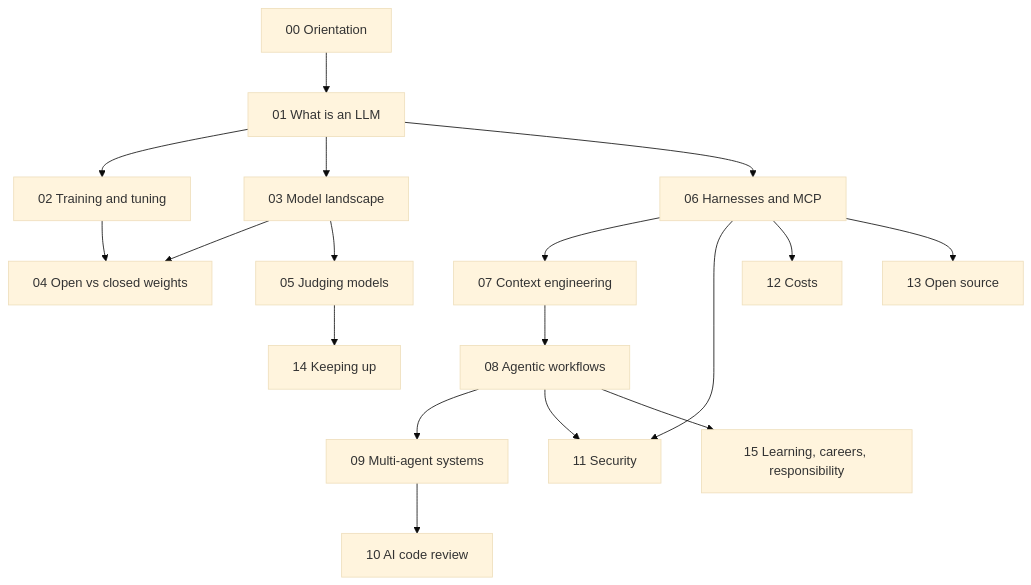
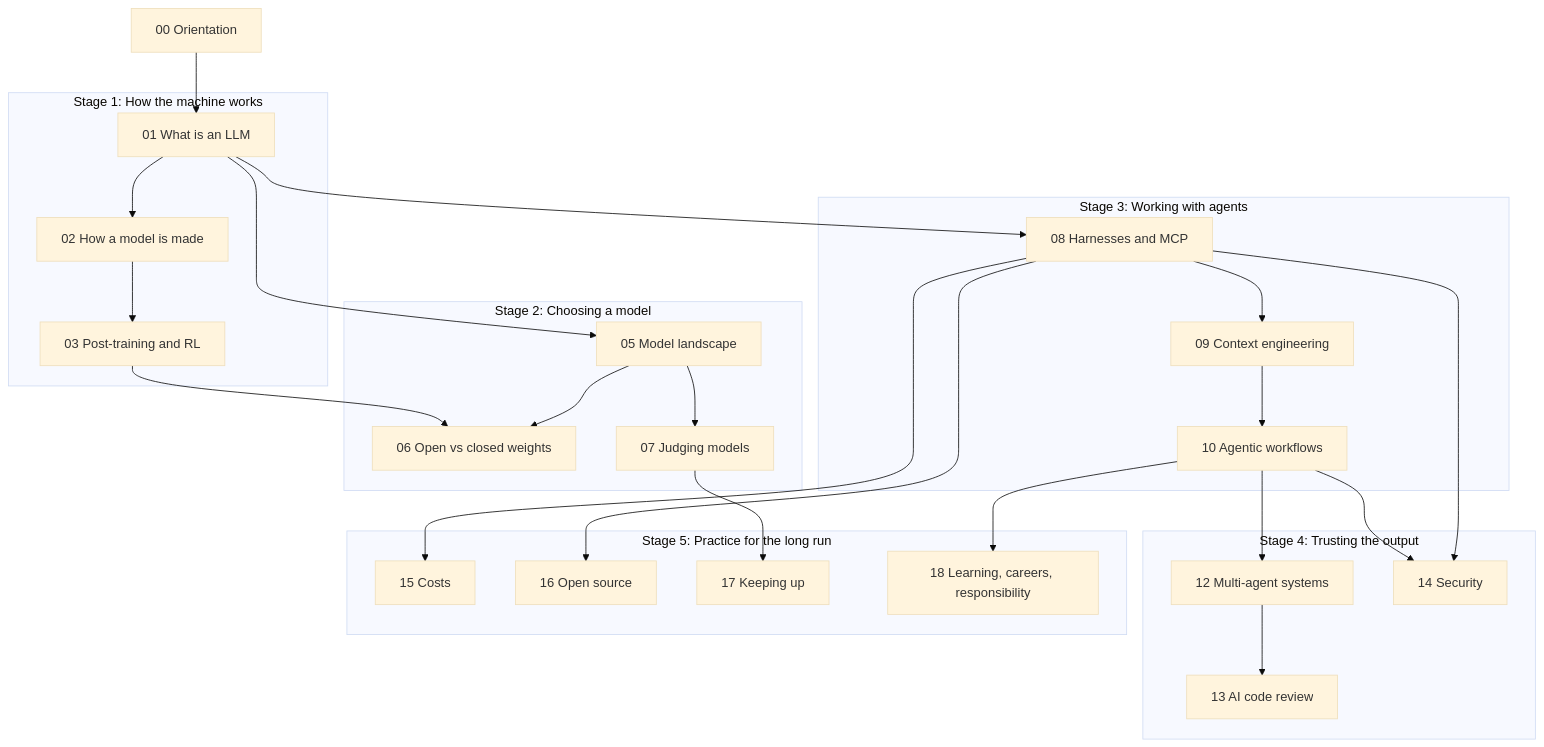
The second of 2 diagrams in modules/00-orientation.md (bryanroscoe/not-writing-code), drawn with Mermaid (base theme) before and after one commit. The commit also changed other lines of this file and 59 other files, not shown here.

````diff
--- a/modules/00-orientation.md
+++ b/modules/00-orientation.md
@@ -91,20 +91,48 @@
 ```mermaid
 flowchart TD
-    A[00 Orientation] --> B[01 What is an LLM]
-    B --> C[02 Training and tuning]
-    B --> D[03 Model landscape]
-    D --> E[04 Open vs closed weights]
-    C --> E
-    D --> F[05 Judging models]
-    B --> G[06 Harnesses and MCP]
-    G --> H[07 Context engineering]
-    H --> I[08 Agentic workflows]
-    I --> J[09 Multi-agent systems]
-    J --> K[10 AI code review]
-    G --> L[11 Security]
+    A[00 Orientation]
+    subgraph S1["Stage 1: How the machine works"]
+        B[01 What is an LLM]
+        C[02 How a model is made]
+        Q[03 Post-training and RL]
+    end
+    subgraph S2["Stage 2: Choosing a model"]
+        D[05 Model landscape]
+        E[06 Open vs closed weights]
+        F[07 Judging models]
+    end
+    subgraph S3["Stage 3: Working with agents"]
+        G[08 Harnesses and MCP]
+        H[09 Context engineering]
+        I[10 Agentic workflows]
+    end
+    subgraph S4["Stage 4: Trusting the output"]
+        J[12 Multi-agent systems]
+        K[13 AI code review]
+        L[14 Security]
+    end
+    subgraph S5["Stage 5: Practice for the long run"]
+        M[15 Costs]
+        N[16 Open source]
+        O[17 Keeping up]
+        P[18 Learning, careers, responsibility]
+    end
+    A --> B
+    B --> C
+    C --> Q
+    B --> D
+    D --> E
+    Q --> E
+    D --> F
+    B --> G
+    G --> H
+    H --> I
+    I --> J
+    J --> K
+    G --> L
     I --> L
-    G --> M[12 Costs]
-    G --> N[13 Open source]
-    F --> O[14 Keeping up]
-    I --> P[15 Learning, careers, responsibility]
+    G --> M
+    G --> N
+    F --> O
+    I --> P
 ```
````
